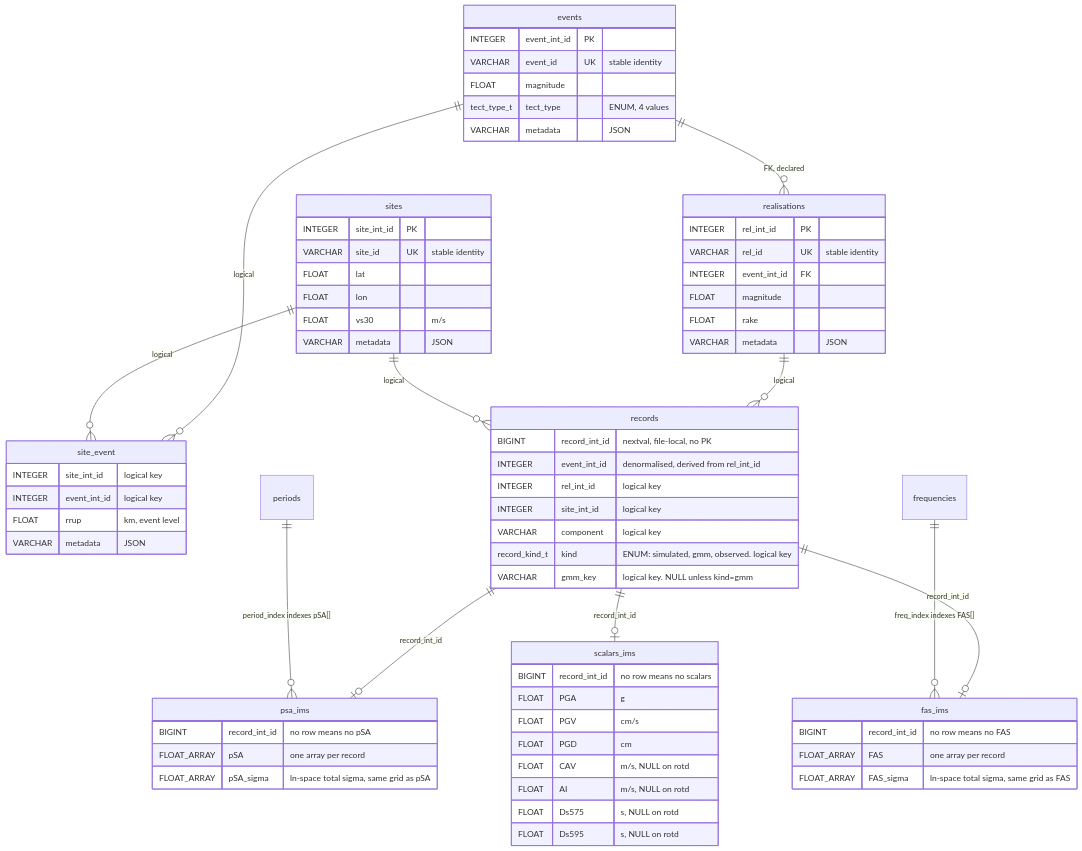
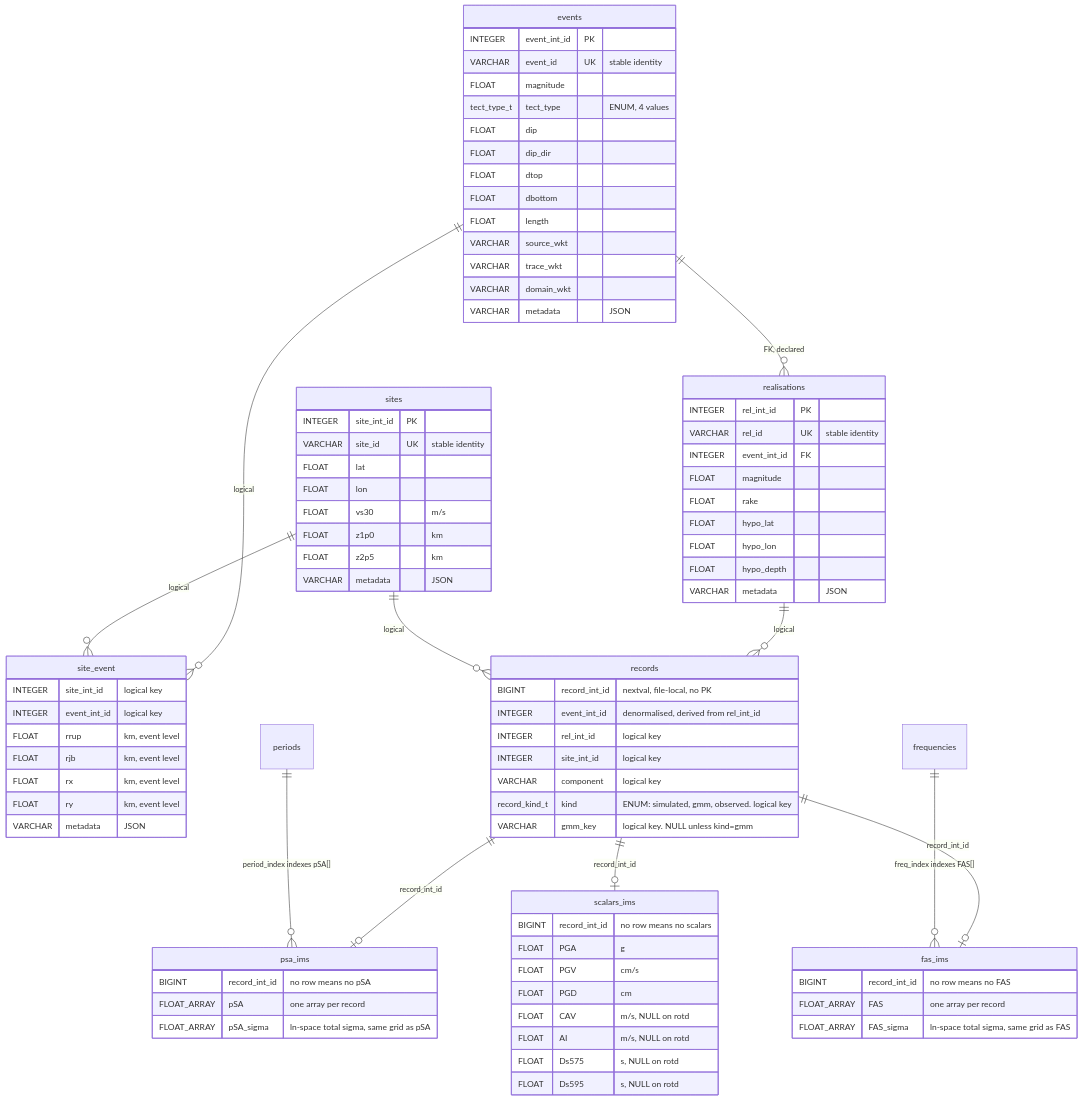
One commit to ucgmsim/imdb changed the diagram in README.md. Above: the diagram before and after it, drawn with Mermaid.

```diff
--- a/README.md
+++ b/README.md
@@ -38,6 +38,14 @@
         VARCHAR     event_id UK "stable identity"
         FLOAT       magnitude
         tect_type_t tect_type "ENUM, 4 values"
+        FLOAT       dip
+        FLOAT       dip_dir
+        FLOAT       dtop
+        FLOAT       dbottom
+        FLOAT       length
+        VARCHAR     source_wkt
+        VARCHAR     trace_wkt
+        VARCHAR     domain_wkt
         VARCHAR     metadata "JSON"
     }
 
@@ -47,6 +55,9 @@
         INTEGER event_int_id FK
         FLOAT   magnitude
         FLOAT   rake
+        FLOAT   hypo_lat
+        FLOAT   hypo_lon
+        FLOAT   hypo_depth
         VARCHAR metadata "JSON"
     }
 
@@ -56,6 +67,8 @@
         FLOAT   lat
         FLOAT   lon
         FLOAT   vs30 "m/s"
+        FLOAT   z1p0 "km"
+        FLOAT   z2p5 "km"
         VARCHAR metadata "JSON"
     }
 
@@ -63,6 +76,9 @@
         INTEGER site_int_id "logical key"
         INTEGER event_int_id "logical key"
         FLOAT   rrup "km, event level"
+        FLOAT   rjb "km, event level"
+        FLOAT   rx "km, event level"
+        FLOAT   ry "km, event level"
         VARCHAR metadata "JSON"
     }
 
```
